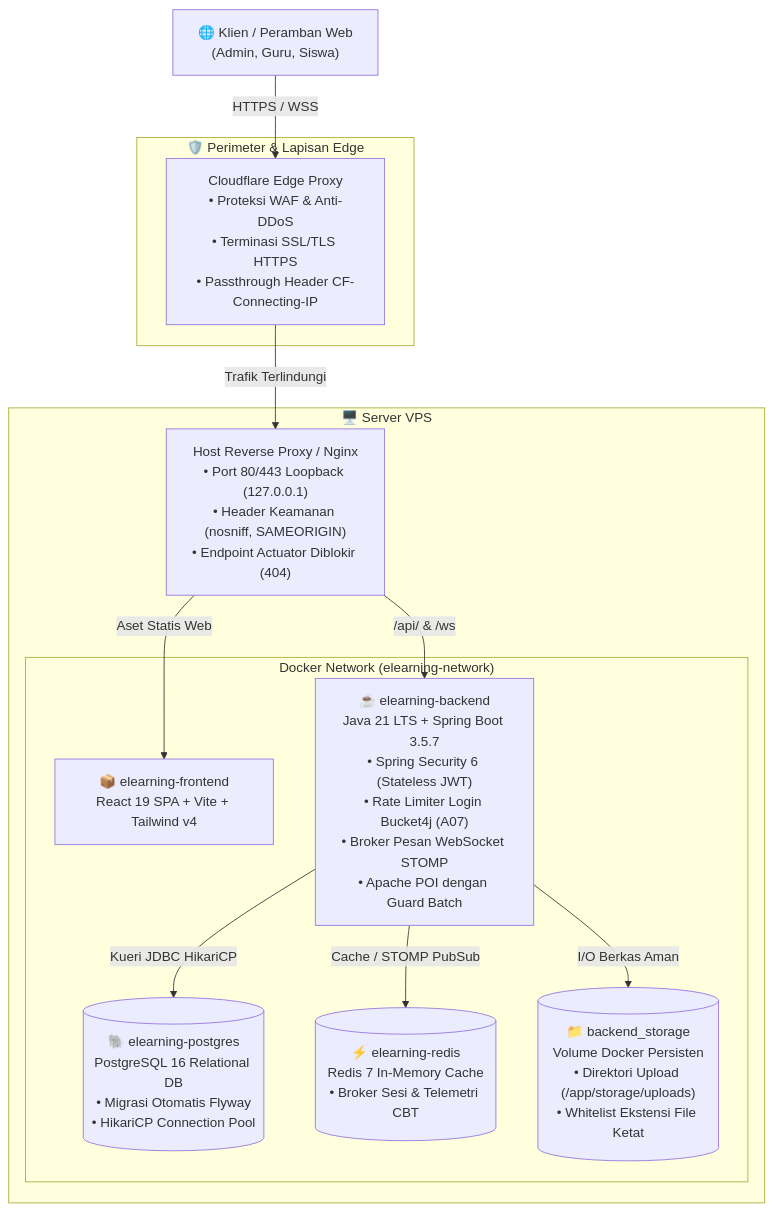
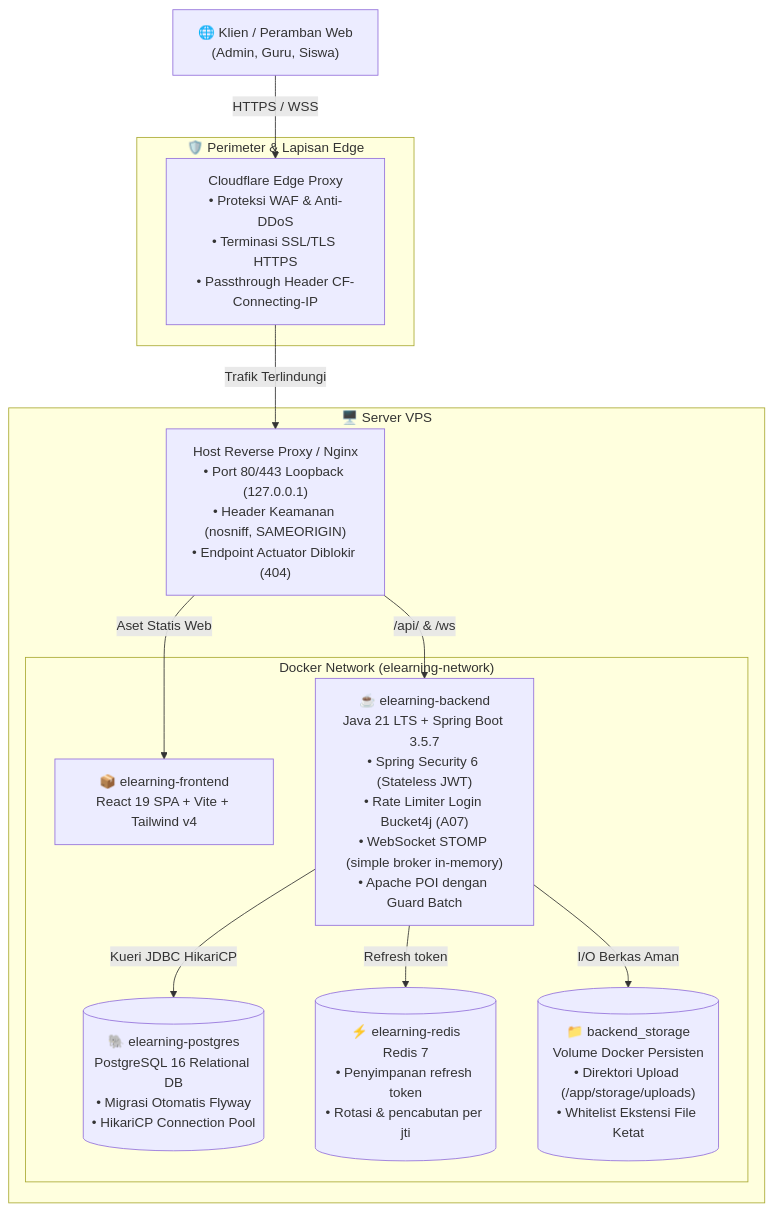
One commit to mfarim/spring-elearning-react changed the diagram in README.id.md. Above: the diagram before and after it, drawn with Mermaid. The commit also changed other lines of this file and 3 other files, not shown here.

Commit message:
docs: add architecture guide and correct README claims to match the code

````diff
--- a/README.id.md
+++ b/README.id.md
@@ -133,32 +133,32 @@
 ```mermaid
 graph TD
     Client["🌐 Klien / Peramban Web<br/>(Admin, Guru, Siswa)"]
     
     subgraph Edge ["🛡️ Perimeter & Lapisan Edge"]
         CF["Cloudflare Edge Proxy<br/>• Proteksi WAF & Anti-DDoS<br/>• Terminasi SSL/TLS HTTPS<br/>• Passthrough Header CF-Connecting-IP"]
     end
 
     subgraph Host ["🖥️ Server VPS"]
         Nginx["Host Reverse Proxy / Nginx<br/>• Port 80/443 Loopback (127.0.0.1)<br/>• Header Keamanan (nosniff, SAMEORIGIN)<br/>• Endpoint Actuator Diblokir (404)"]
         
         subgraph DockerNet ["Docker Network (elearning-network)"]
             Frontend["📦 elearning-frontend<br/>React 19 SPA + Vite + Tailwind v4"]
             
-            Backend["☕ elearning-backend<br/>Java 21 LTS + Spring Boot 3.5.7<br/>• Spring Security 6 (Stateless JWT)<br/>• Rate Limiter Login Bucket4j (A07)<br/>• Broker Pesan WebSocket STOMP<br/>• Apache POI dengan Guard Batch"]
+            Backend["☕ elearning-backend<br/>Java 21 LTS + Spring Boot 3.5.7<br/>• Spring Security 6 (Stateless JWT)<br/>• Rate Limiter Login Bucket4j (A07)<br/>• WebSocket STOMP (simple broker in-memory)<br/>• Apache POI dengan Guard Batch"]
             
             Postgres[("🐘 elearning-postgres<br/>PostgreSQL 16 Relational DB<br/>• Migrasi Otomatis Flyway<br/>• HikariCP Connection Pool")]
             
-            Redis[("⚡ elearning-redis<br/>Redis 7 In-Memory Cache<br/>• Broker Sesi & Telemetri CBT")]
+            Redis[("⚡ elearning-redis<br/>Redis 7<br/>• Penyimpanan refresh token<br/>• Rotasi & pencabutan per jti")]
             
             Storage[("📁 backend_storage<br/>Volume Docker Persisten<br/>• Direktori Upload (/app/storage/uploads)<br/>• Whitelist Ekstensi File Ketat")]
         end
     end
 
     Client -->|HTTPS / WSS| CF
     CF -->|Trafik Terlindungi| Nginx
     Nginx -->|Aset Statis Web| Frontend
     Nginx -->|/api/ & /ws| Backend
     Backend -->|Kueri JDBC HikariCP| Postgres
-    Backend -->|Cache / STOMP PubSub| Redis
+    Backend -->|Refresh token| Redis
     Backend -->|I/O Berkas Aman| Storage
 ```
````
